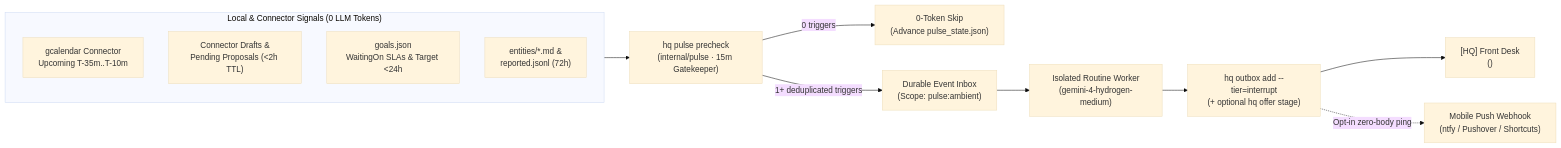
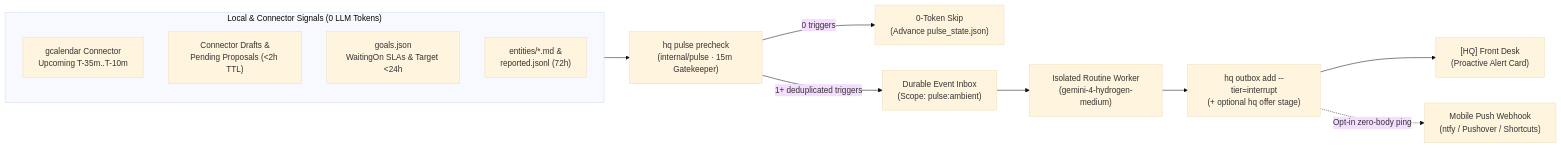
One commit to zjshen14/agy-hq changed the diagram in docs/design/0020-proactive-ambient-synthesis-and-mobile-push.md. Above: the diagram before and after it, drawn with Mermaid (base theme). The commit also changed other lines of this file and 3 other files, not shown here.

Commit message:
fix(outbox,plugin): remove distracting XML fence boilerplate from Front Desk interrupt cards

````diff
--- a/docs/design/0020-proactive-ambient-synthesis-and-mobile-push.md
+++ b/docs/design/0020-proactive-ambient-synthesis-and-mobile-push.md
@@ -43,19 +43,19 @@
 ```mermaid
 flowchart LR
   subgraph Sources["Local & Connector Signals (0 LLM Tokens)"]
     CAL["gcalendar Connector\nUpcoming T-35m..T-10m"]
     DRF["Connector Drafts &\nPending Proposals (<2h TTL)"]
     GLS["goals.json\nWaitingOn SLAs & Target <24h"]
     ENT["entities/*.md &\nreported.jsonl (72h)"]
   end
 
   PULSE["hq pulse precheck\n(internal/pulse · 15m Gatekeeper)"]
   Sources --> PULSE
 
   PULSE -->|"0 triggers"| SKIP["0-Token Skip\n(Advance pulse_state.json)"]
   PULSE -->|"1+ deduplicated triggers"| EV["Durable Event Inbox\n(Scope: pulse:ambient)"]
   EV --> WK["Isolated Routine Worker\n(gemini-4-hydrogen-medium)"]
   WK --> OB["hq outbox add --tier=interrupt\n(+ optional hq offer stage)"]
-  OB --> FD["[HQ] Front Desk\n(<hq_system_notification>)"]
+  OB --> FD["[HQ] Front Desk\n(Proactive Alert Card)"]
   OB -.->|"Opt-in zero-body ping"| PUSH["Mobile Push Webhook\n(ntfy / Pushover / Shortcuts)"]
 ```
````
